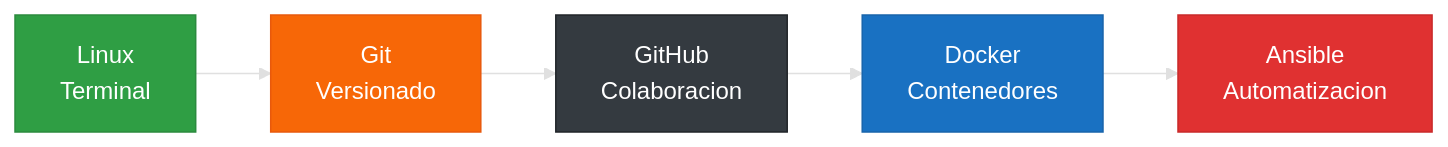
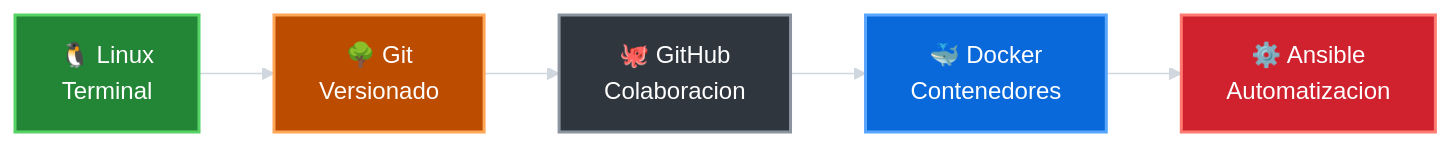
The fourth of 9 diagrams in README.md (7on2/curso-git-github-desde-cero), drawn with Mermaid before and after one commit. The commit also changed other lines of this file, not shown here.

Commit message:
Mejora colores e iconos de diagramas Mermaid

````diff
--- a/README.md
+++ b/README.md
@@ -355,14 +355,14 @@
 ```mermaid
-%%{init: {'theme': 'base', 'themeVariables': {'primaryTextColor': '#fff', 'lineColor': '#e0e0e0'}}}%%
+%%{init: {'theme': 'base', 'themeVariables': {'primaryTextColor': '#ffffff', 'secondaryTextColor': '#ffffff', 'tertiaryTextColor': '#ffffff', 'lineColor': '#d0d7de', 'edgeLabelBackground': '#0d1117', 'fontFamily': 'Arial'}}}%%
 flowchart LR
-    Linux[Linux\nTerminal] --> Git[Git\nVersionado]
-    Git --> GitHub[GitHub\nColaboracion]
-    GitHub --> Docker[Docker\nContenedores]
-    Docker --> Ansible[Ansible\nAutomatizacion]
+    Linux[🐧 Linux\nTerminal] --> Git[🌳 Git\nVersionado]
+    Git --> GitHub[🐙 GitHub\nColaboracion]
+    GitHub --> Docker[🐳 Docker\nContenedores]
+    Docker --> Ansible[⚙️ Ansible\nAutomatizacion]
 
-    style Linux fill:#2f9e44,stroke:#2b8a3e,color:#fff
-    style Git fill:#f76707,stroke:#e8590c,color:#fff
-    style GitHub fill:#343a40,stroke:#212529,color:#fff
-    style Docker fill:#1971c2,stroke:#1864ab,color:#fff
-    style Ansible fill:#e03131,stroke:#c92a2a,color:#fff
+    style Linux fill:#238636,stroke:#56d364,stroke-width:2px,color:#ffffff
+    style Git fill:#bc4c00,stroke:#ffa657,stroke-width:2px,color:#ffffff
+    style GitHub fill:#30363d,stroke:#8b949e,stroke-width:2px,color:#ffffff
+    style Docker fill:#0969da,stroke:#58a6ff,stroke-width:2px,color:#ffffff
+    style Ansible fill:#cf222e,stroke:#ff7b72,stroke-width:2px,color:#ffffff
 ```
````
